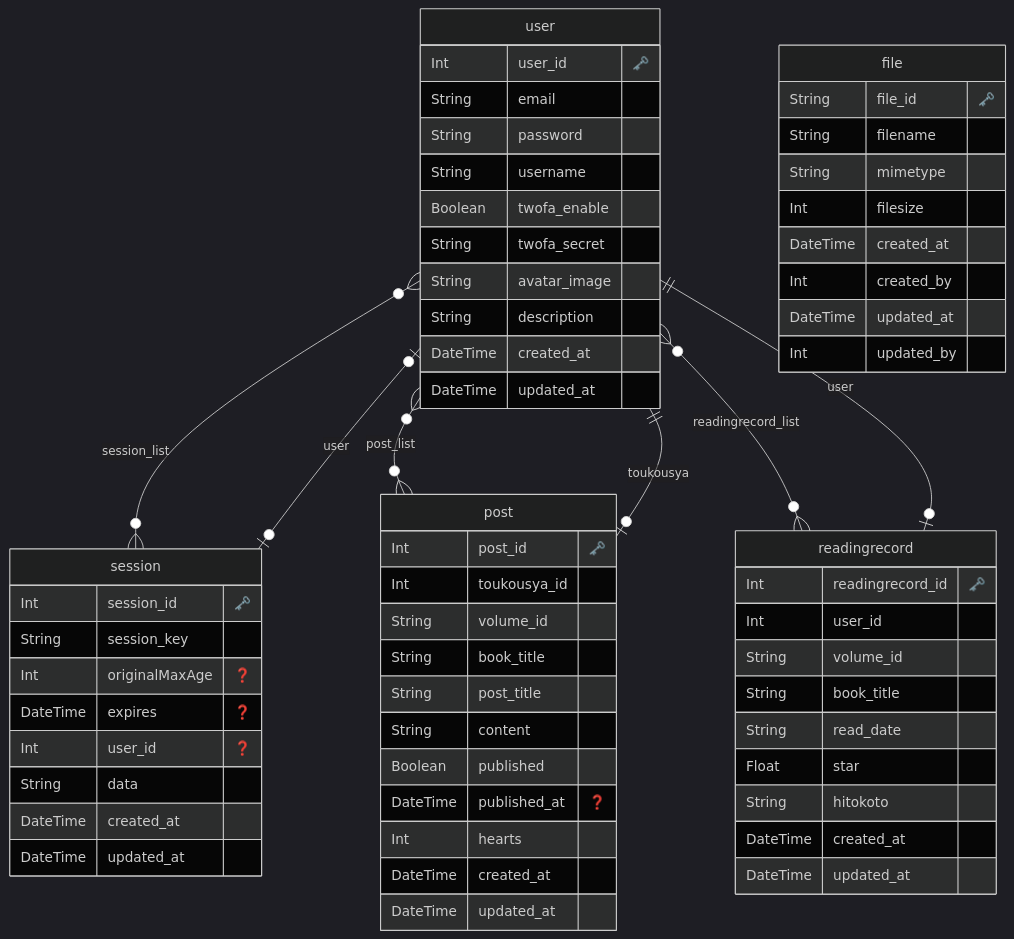
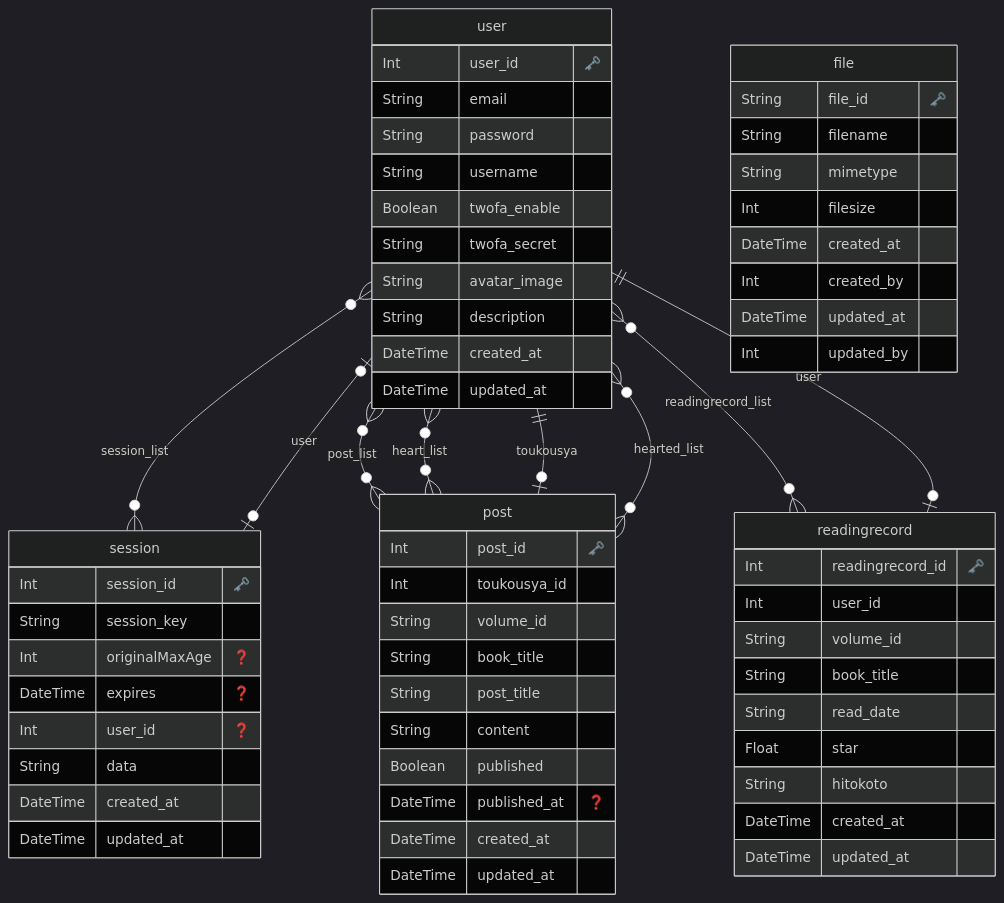
Before and after one commit to oktntko/book-share: the diagram in common/prisma/prisma/ERD.md, drawn with Mermaid (dark theme). The commit also changed 11 other files, not shown here.

````diff
--- a/common/prisma/prisma/ERD.md
+++ b/common/prisma/prisma/ERD.md
@@ -1,75 +1,76 @@
 ```mermaid
 erDiagram
 
   "user" {
     Int user_id "🗝️"
     String email 
     String password 
     String username 
     Boolean twofa_enable 
     String twofa_secret 
     String avatar_image 
     String description 
     DateTime created_at 
     DateTime updated_at 
     }
   
 
   "session" {
     Int session_id "🗝️"
     String session_key 
     Int originalMaxAge "❓"
     DateTime expires "❓"
     Int user_id "❓"
     String data 
     DateTime created_at 
     DateTime updated_at 
     }
   
 
   "file" {
     String file_id "🗝️"
     String filename 
     String mimetype 
     Int filesize 
     DateTime created_at 
     Int created_by 
     DateTime updated_at 
     Int updated_by 
     }
   
 
   "post" {
     Int post_id "🗝️"
     Int toukousya_id 
     String volume_id 
     String book_title 
     String post_title 
     String content 
     Boolean published 
     DateTime published_at "❓"
-    Int hearts 
     DateTime created_at 
     DateTime updated_at 
     }
   
 
   "readingrecord" {
     Int readingrecord_id "🗝️"
     Int user_id 
     String volume_id 
     String book_title 
     String read_date 
     Float star 
     String hitokoto 
     DateTime created_at 
     DateTime updated_at 
     }
   
     "user" o{--}o "session" : "session_list"
     "user" o{--}o "post" : "post_list"
+    "user" o{--}o "post" : "heart_list"
     "user" o{--}o "readingrecord" : "readingrecord_list"
     "session" o|--|o "user" : "user"
     "post" o|--|| "user" : "toukousya"
+    "post" o{--}o "user" : "hearted_list"
     "readingrecord" o|--|| "user" : "user"
 ```
````
